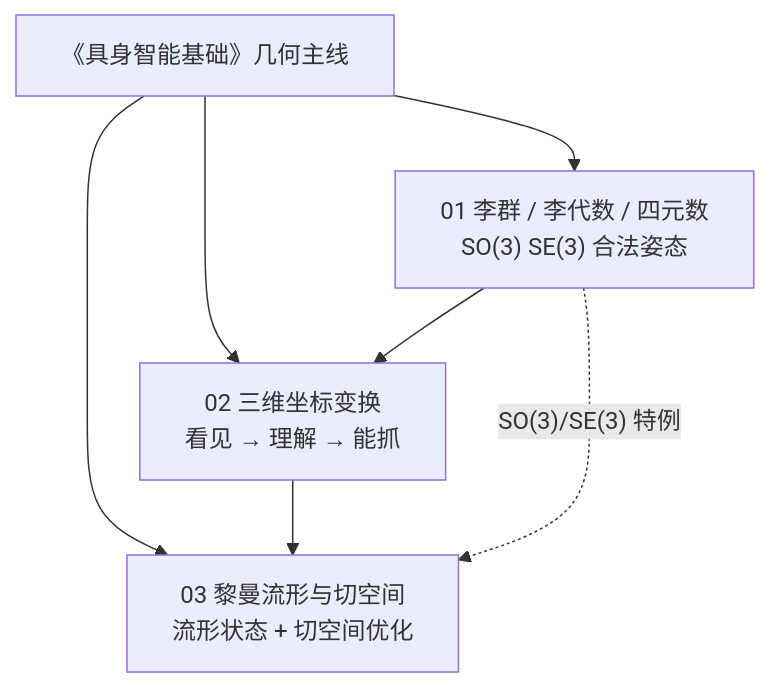
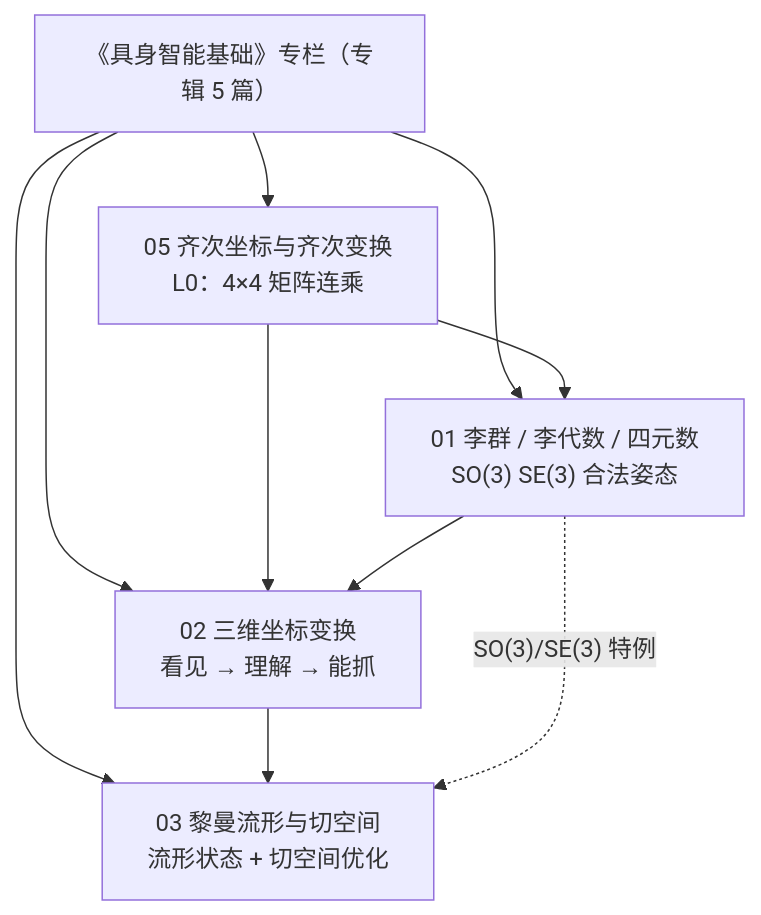
One commit to ImChong/Robotics_Notebooks changed the diagram in wiki/overview/shenlan-embodied-ai-fundamentals-series.md. Above: the diagram before and after it, drawn with Mermaid. The commit also changed other lines of this file and 17 other files, not shown here.

Commit message:
[2026-06-18] ingest | sources/blogs/wechat_shenlan_homogeneous_coordinates_transform.md — 《具身智能基础》专栏 05 齐次坐标与齐次变换；新建 wiki/formalizations/homogeneous-coordinates-transform.md；更新专栏父节点

````diff
--- a/wiki/overview/shenlan-embodied-ai-fundamentals-series.md
+++ b/wiki/overview/shenlan-embodied-ai-fundamentals-series.md
@@ -42,10 +44,13 @@
 ```mermaid
 flowchart TB
-  P["《具身智能基础》几何主线"]
+  P["《具身智能基础》专栏（专辑 5 篇）"]
+  P --> C0["05 齐次坐标与齐次变换<br/>L0：4×4 矩阵连乘"]
   P --> C1["01 李群 / 李代数 / 四元数<br/>SO(3) SE(3) 合法姿态"]
   P --> C2["02 三维坐标变换<br/>看见 → 理解 → 能抓"]
   P --> C3["03 黎曼流形与切空间<br/>流形状态 + 切空间优化"]
+  C0 --> C1
+  C0 --> C2
   C1 --> C2
   C2 --> C3
   C1 -.->|"SO(3)/SE(3) 特例"| C3
 ```
````
